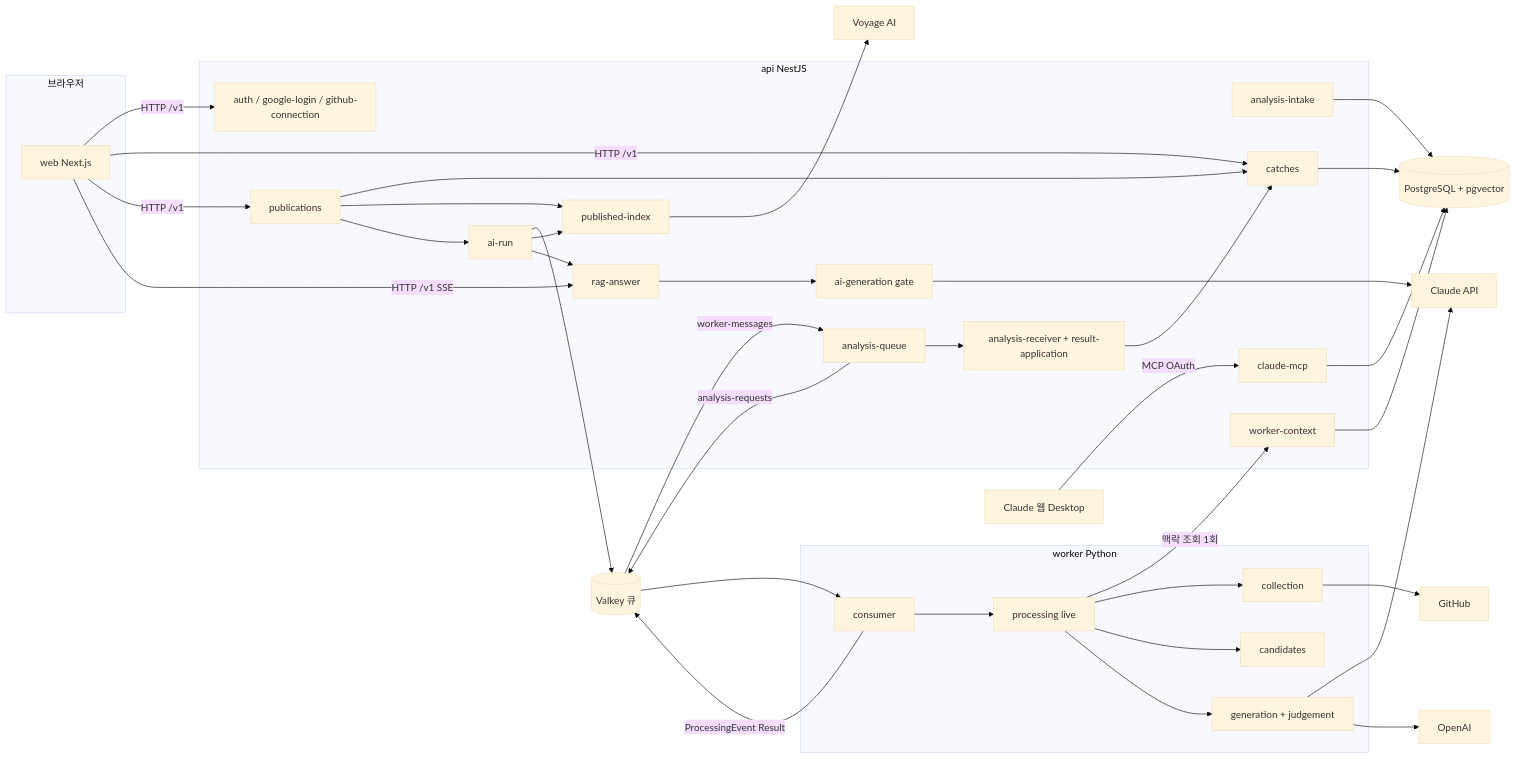
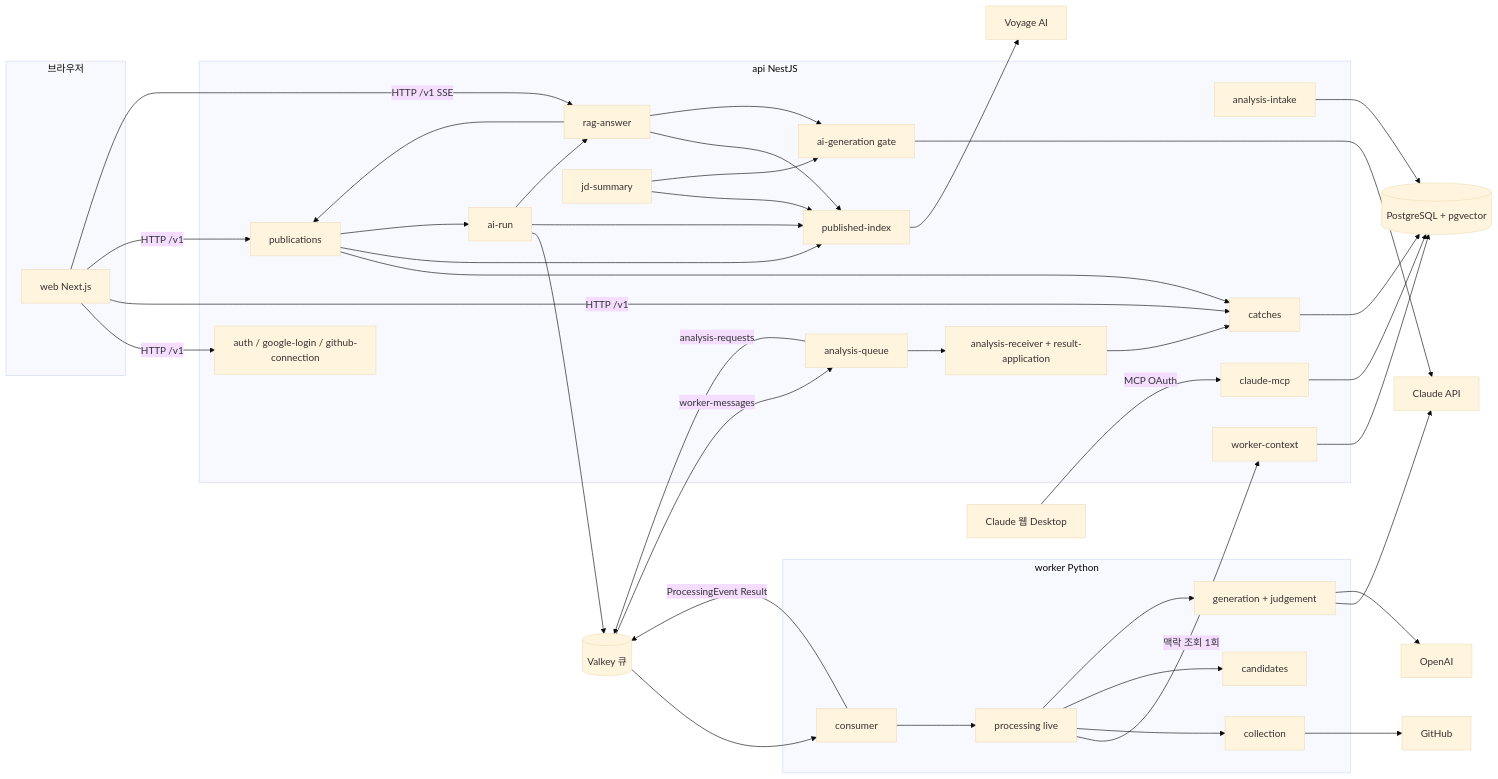
The first of 6 diagrams in aidlc/spaces/default/codekb/CatchU/architecture.md (JminAILab/CatchU), drawn with Mermaid (base theme) before and after one commit. The commit also changed other lines of this file and 13 other files, not shown here.

````diff
--- a/aidlc/spaces/default/codekb/CatchU/architecture.md
+++ b/aidlc/spaces/default/codekb/CatchU/architecture.md
@@ -26,67 +26,72 @@
 ```mermaid
 flowchart LR
   subgraph Browser["브라우저"]
     W["web Next.js"]
   end
   subgraph API["api NestJS"]
     AUTH["auth / google-login / github-connection"]
     INTAKE["analysis-intake"]
     QUEUE["analysis-queue"]
     RECV["analysis-receiver + result-application"]
     CATCH["catches"]
     PUB["publications"]
     IDX["published-index"]
     RAG["rag-answer"]
+    JD["jd-summary"]
     GATE["ai-generation gate"]
     RUN["ai-run"]
     MCP["claude-mcp"]
     WCTX["worker-context"]
   end
   subgraph WK["worker Python"]
     CONS["consumer"]
     PROC["processing live"]
     COL["collection"]
     CAND["candidates"]
     GEN["generation + judgement"]
   end
   DB[("PostgreSQL + pgvector")]
   Q[("Valkey 큐")]
   GH["GitHub"]
   CL["Claude API"]
   OA["OpenAI"]
   VO["Voyage AI"]
   CD["Claude 웹 Desktop"]
 
   W -->|"HTTP /v1"| AUTH
   W -->|"HTTP /v1"| CATCH
   W -->|"HTTP /v1"| PUB
   W -->|"HTTP /v1 SSE"| RAG
   INTAKE --> DB
   QUEUE -->|"analysis-requests"| Q
   Q -->|"worker-messages"| QUEUE
   QUEUE --> RECV
   RECV --> CATCH
   CATCH --> DB
   PUB --> CATCH
   PUB --> IDX
   PUB --> RUN
   RUN --> Q
   RUN --> IDX
   RUN --> RAG
   IDX --> VO
+  RAG --> IDX
   RAG --> GATE
+  RAG --> PUB
+  JD --> IDX
+  JD --> GATE
   GATE --> CL
   MCP --> DB
   CD -->|"MCP OAuth"| MCP
   Q --> CONS
   CONS --> PROC
   PROC -->|"맥락 조회 1회"| WCTX
   WCTX --> DB
   PROC --> COL
   COL --> GH
   PROC --> CAND
   PROC --> GEN
   GEN --> CL
   GEN --> OA
   CONS -->|"ProcessingEvent Result"| Q
 ```
````
